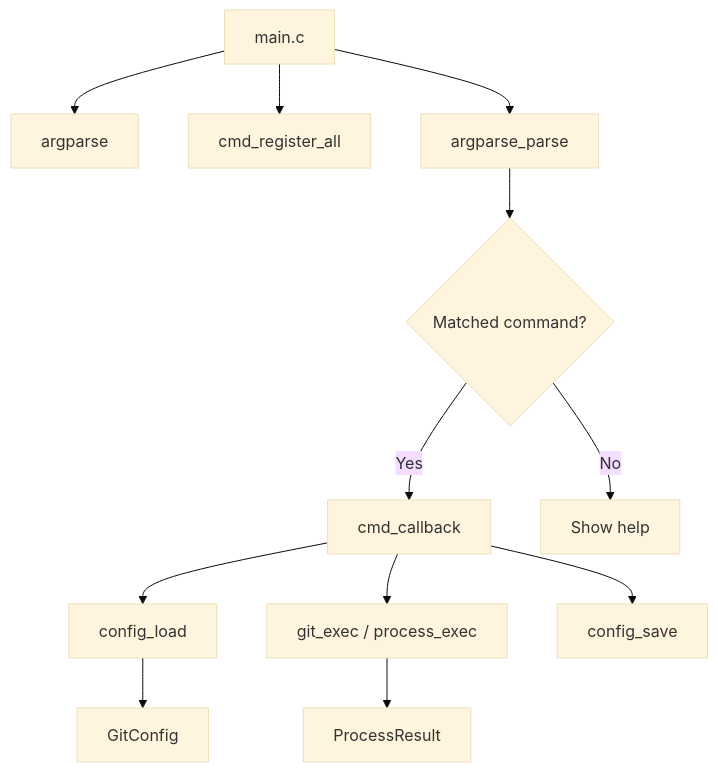
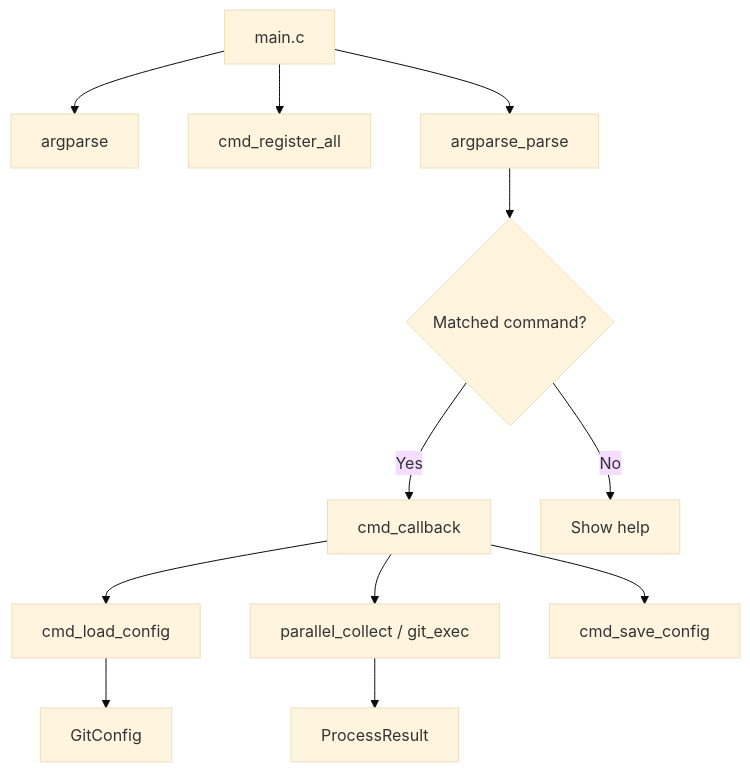
Before and after one commit to pritam12426/gitm: the diagram in DEV.md, drawn with Mermaid (base theme). The commit also changed other lines of this file and 2 other files, not shown here.

````diff
--- a/DEV.md
+++ b/DEV.md
@@ -9,14 +9,14 @@
 ```mermaid
 flowchart TD
     A[main.c] --> B[argparse]
     A --> C[cmd_register_all]
     A --> D[argparse_parse]
     D --> E{Matched command?}
     E -->|Yes| F[cmd_callback]
     E -->|No| G[Show help]
-    F --> H[config_load]
-    F --> I[git_exec / process_exec]
+    F --> H[cmd_load_config]
+    F --> I[parallel_collect / git_exec]
     H --> J[GitConfig]
     I --> K[ProcessResult]
-    F --> L[config_save]
+    F --> L[cmd_save_config]
 ```
````
